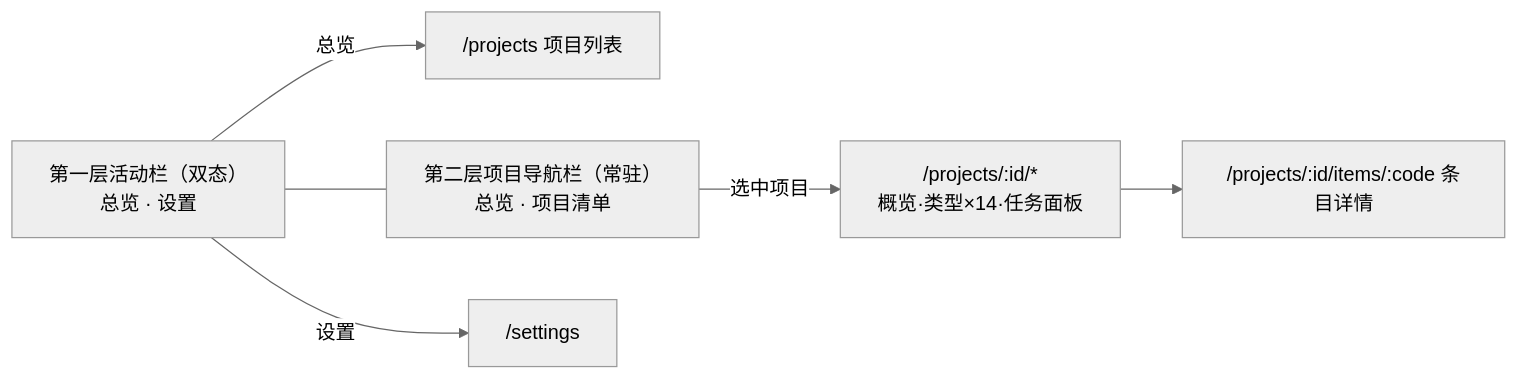
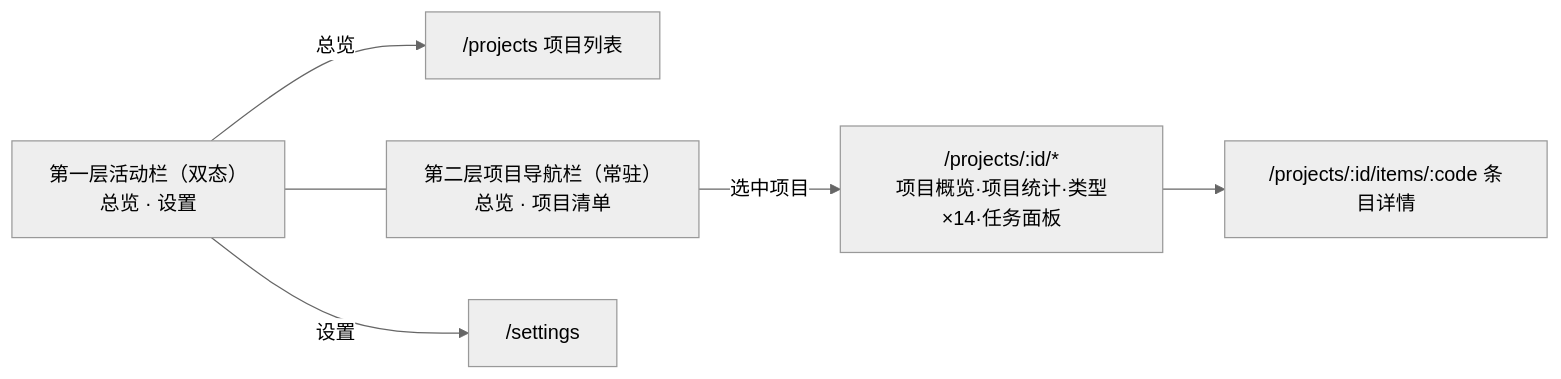
The diagram in docs/design/05-detailed-design/ui/app-shell.md (Kommisaar/relay-harbor), drawn with Mermaid (neutral theme) before and after one commit. The commit also changed other lines of this file and 47 other files, not shown here.

````diff
--- a/docs/design/05-detailed-design/ui/app-shell.md
+++ b/docs/design/05-detailed-design/ui/app-shell.md
@@ -65,8 +80,8 @@
 ```mermaid
 flowchart LR
     rail["第一层活动栏（双态）<br/>总览 · 设置"] -->|总览| plist["/projects 项目列表"]
     rail --- side["第二层项目导航栏（常驻）<br/>总览 · 项目清单"]
-    side -->|选中项目| work["/projects/:id/*<br/>概览·类型×14·任务面板"]
+    side -->|选中项目| work["/projects/:id/*<br/>项目概览·项目统计·类型×14·任务面板"]
     rail -->|设置| settings["/settings"]
     work --> detail["/projects/:id/items/:code 条目详情"]
 ```
````
